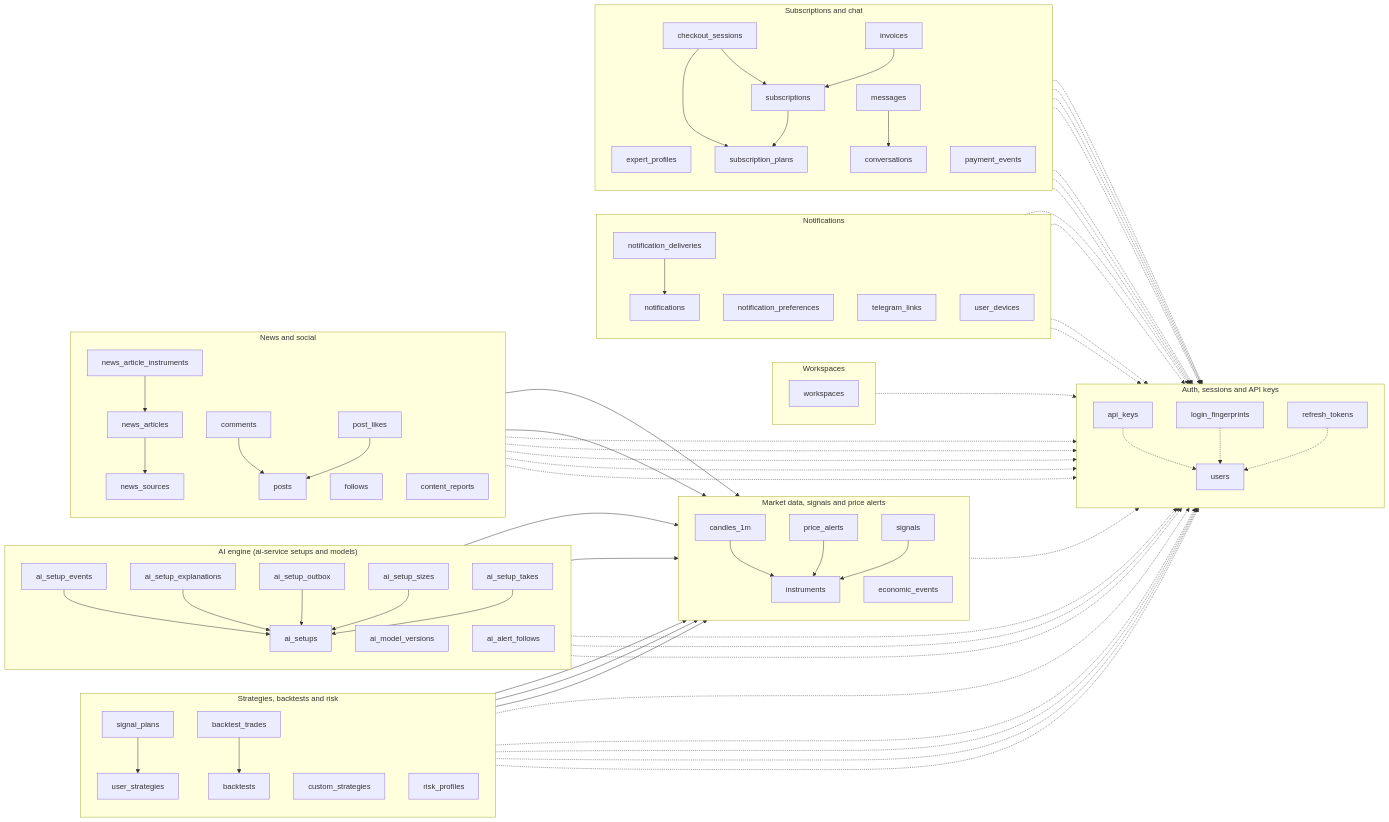
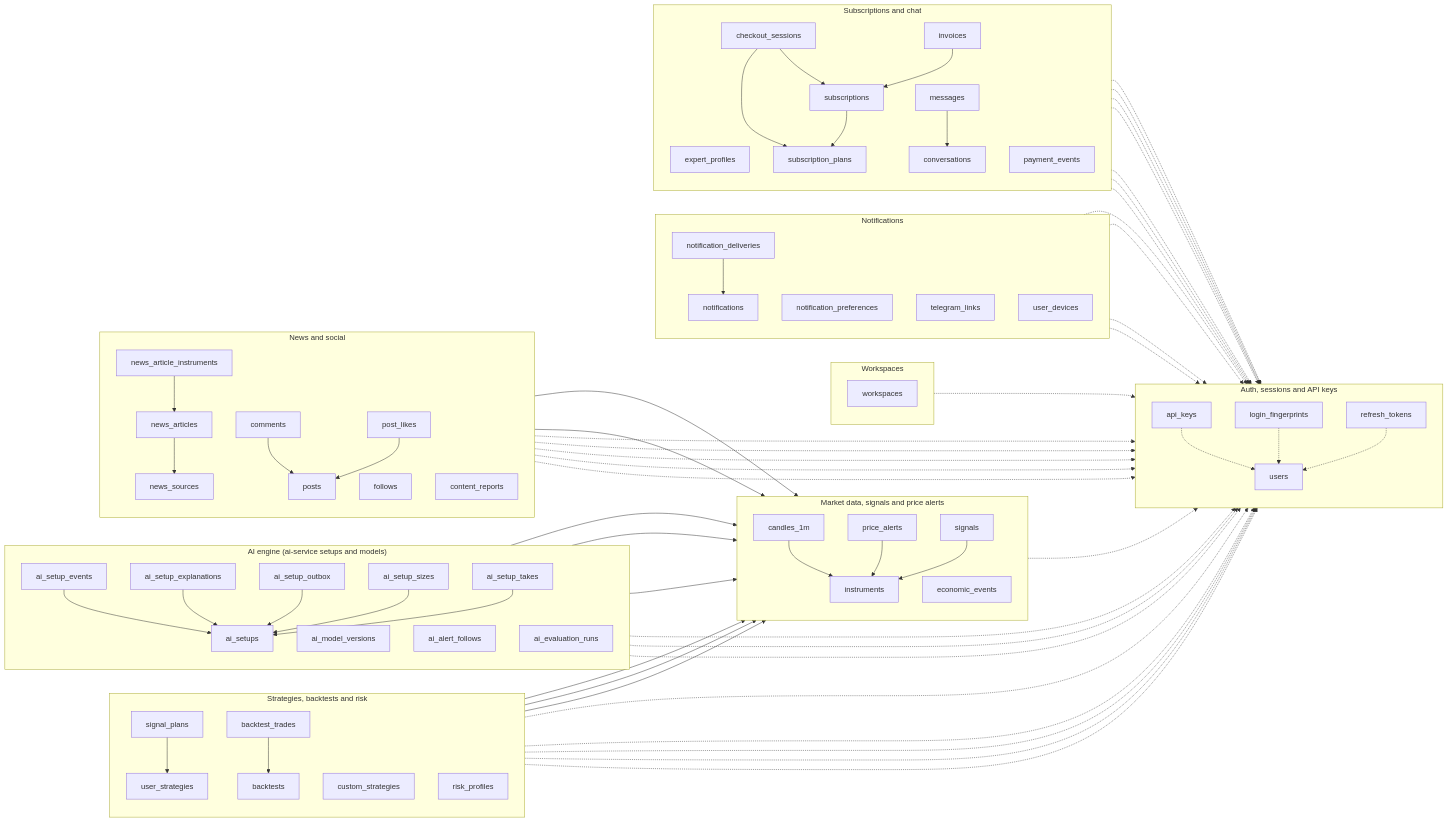
The diagram in docs/erd/mmd/overview.mmd (yazan-alsamman/ai-trading-analysis-system), drawn with Mermaid before and after one commit. The commit also changed 14 other files, not shown here.

```diff
--- a/docs/erd/mmd/overview.mmd
+++ b/docs/erd/mmd/overview.mmd
@@ -1,126 +1,128 @@
 flowchart LR
     subgraph domain_auth["Auth, sessions and API keys"]
         direction TB
         users[users]
         refresh_tokens[refresh_tokens]
         api_keys[api_keys]
         login_fingerprints[login_fingerprints]
     end
     subgraph domain_market["Market data, signals and price alerts"]
         direction TB
         instruments[instruments]
         candles_1m[candles_1m]
         signals[signals]
         price_alerts[price_alerts]
         economic_events[economic_events]
     end
     subgraph domain_strategies["Strategies, backtests and risk"]
         direction TB
         user_strategies[user_strategies]
         custom_strategies[custom_strategies]
         backtests[backtests]
         backtest_trades[backtest_trades]
         risk_profiles[risk_profiles]
         signal_plans[signal_plans]
     end
     subgraph domain_ai["AI engine (ai-service setups and models)"]
         direction TB
         ai_setups[ai_setups]
         ai_setup_events[ai_setup_events]
         ai_model_versions[ai_model_versions]
         ai_setup_sizes[ai_setup_sizes]
         ai_setup_takes[ai_setup_takes]
         ai_setup_explanations[ai_setup_explanations]
         ai_setup_outbox[ai_setup_outbox]
         ai_alert_follows[ai_alert_follows]
+        ai_evaluation_runs[ai_evaluation_runs]
     end
     subgraph domain_workspaces["Workspaces"]
         direction TB
         workspaces[workspaces]
     end
     subgraph domain_notifications["Notifications"]
         direction TB
         notifications[notifications]
         notification_deliveries[notification_deliveries]
         notification_preferences[notification_preferences]
         telegram_links[telegram_links]
         user_devices[user_devices]
     end
     subgraph domain_social["News and social"]
         direction TB
         news_sources[news_sources]
         news_articles[news_articles]
         news_article_instruments[news_article_instruments]
         posts[posts]
         comments[comments]
         post_likes[post_likes]
         follows[follows]
         content_reports[content_reports]
     end
     subgraph domain_subscriptions["Subscriptions and chat"]
         direction TB
         expert_profiles[expert_profiles]
         subscription_plans[subscription_plans]
         subscriptions[subscriptions]
         invoices[invoices]
         checkout_sessions[checkout_sessions]
         payment_events[payment_events]
         conversations[conversations]
         messages[messages]
     end
     ai_alert_follows --> instruments
     ai_alert_follows -.-> users
+    ai_evaluation_runs --> instruments
     ai_setup_events --> ai_setups
     ai_setup_explanations --> ai_setups
     ai_setup_outbox --> ai_setups
     ai_setup_sizes --> ai_setups
     ai_setup_sizes -.-> users
     ai_setup_takes --> ai_setups
     ai_setup_takes -.-> users
     ai_setups --> instruments
     api_keys -.-> users
     backtest_trades --> backtests
     backtests --> instruments
     backtests -.-> users
     candles_1m --> instruments
     checkout_sessions --> subscription_plans
     checkout_sessions --> subscriptions
     checkout_sessions -.-> users
     comments --> posts
     comments -.-> users
     content_reports -.-> users
     conversations -.-> users
     custom_strategies -.-> users
     expert_profiles -.-> users
     follows -.-> users
     invoices --> subscriptions
     invoices -.-> users
     login_fingerprints -.-> users
     messages --> conversations
     messages -.-> users
     news_article_instruments --> instruments
     news_article_instruments --> news_articles
     news_articles --> news_sources
     notification_deliveries --> notifications
     notification_preferences -.-> users
     notifications -.-> users
     post_likes --> posts
     post_likes -.-> users
     posts --> instruments
     posts -.-> users
     price_alerts --> instruments
     price_alerts -.-> users
     refresh_tokens -.-> users
     risk_profiles -.-> users
     signal_plans --> signals
     signal_plans --> user_strategies
     signal_plans -.-> users
     signals --> instruments
     subscription_plans -.-> users
     subscriptions --> subscription_plans
     subscriptions -.-> users
     telegram_links -.-> users
     user_devices -.-> users
     user_strategies --> instruments
     user_strategies -.-> users
     workspaces -.-> users
```
